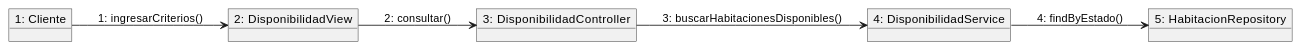
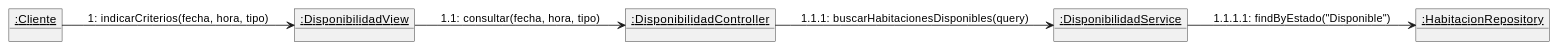
The fourth of 36 diagrams in RefactorV4.md (Tsmrain/GestionSistemas), drawn with PlantUML before and after one commit. The commit also changed other lines of this file and 1 other file, not shown here.

Commit message:
refactor: enhance UML diagrams with GRASP stereotypes, layer annotations, and updated sequence interactions.

````diff
--- a/RefactorV4.md
+++ b/RefactorV4.md
@@ -412,15 +439,15 @@
 ```plantuml
 @startuml
 left to right direction
-object "1: Cliente" as Cliente
-object "2: DisponibilidadView" as View
-object "3: DisponibilidadController" as Ctrl
-object "4: DisponibilidadService" as Serv
-object "5: HabitacionRepository" as Repo
+object "<u>:Cliente</u>" as Cliente
+object "<u>:DisponibilidadView</u>" as View
+object "<u>:DisponibilidadController</u>" as Ctrl
+object "<u>:DisponibilidadService</u>" as Serv
+object "<u>:HabitacionRepository</u>" as Repo
 
-Cliente --> View : "1: ingresarCriterios()"
-View --> Ctrl : "2: consultar()"
-Ctrl --> Serv : "3: buscarHabitacionesDisponibles()"
-Serv --> Repo : "4: findByEstado()"
+Cliente --> View : 1: indicarCriterios(fecha, hora, tipo)
+View --> Ctrl : 1.1: consultar(fecha, hora, tipo)
+Ctrl --> Serv : 1.1.1: buscarHabitacionesDisponibles(query)
+Serv --> Repo : 1.1.1.1: findByEstado("Disponible")
 @enduml
 ```
````
